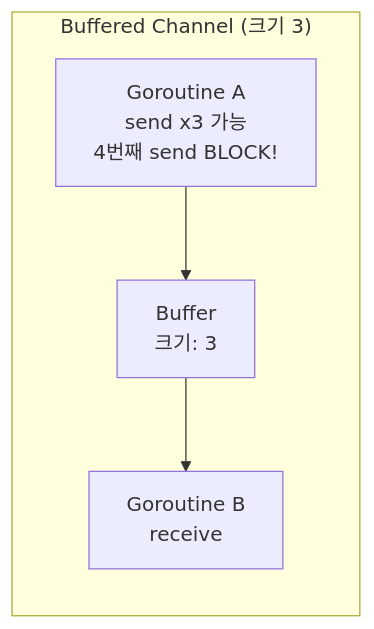
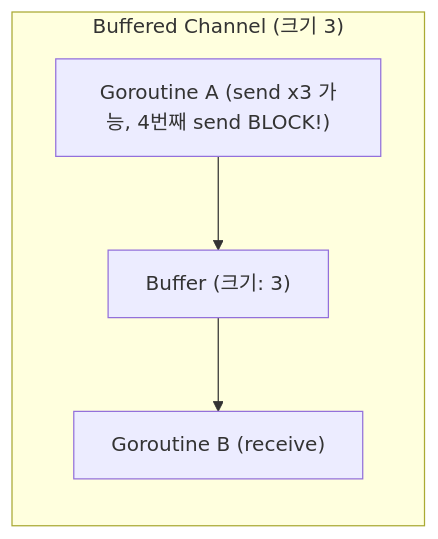
Before and after one commit to kenshin579/blog-v2.advenoh.pe.kr: the second of 2 diagrams in contents/go/golang-concurrency-2-channel-완전-정복/index.md, drawn with Mermaid. The commit also changed other lines of this file and 80 other files, not shown here.

````diff
--- a/contents/go/golang-concurrency-2-channel-완전-정복/index.md
+++ b/contents/go/golang-concurrency-2-channel-완전-정복/index.md
@@ -91,6 +91,6 @@
 ```mermaid
 graph LR
     subgraph "Buffered Channel (크기 3)"
-        GA2[Goroutine A<br/>send x3 가능<br/>4번째 send BLOCK!] --> BUF[Buffer<br/>크기: 3] --> GB2[Goroutine B<br/>receive]
+        GA2["Goroutine A (send x3 가능, 4번째 send BLOCK!)"] --> BUF["Buffer (크기: 3)"] --> GB2["Goroutine B (receive)"]
     end
 ```
````
